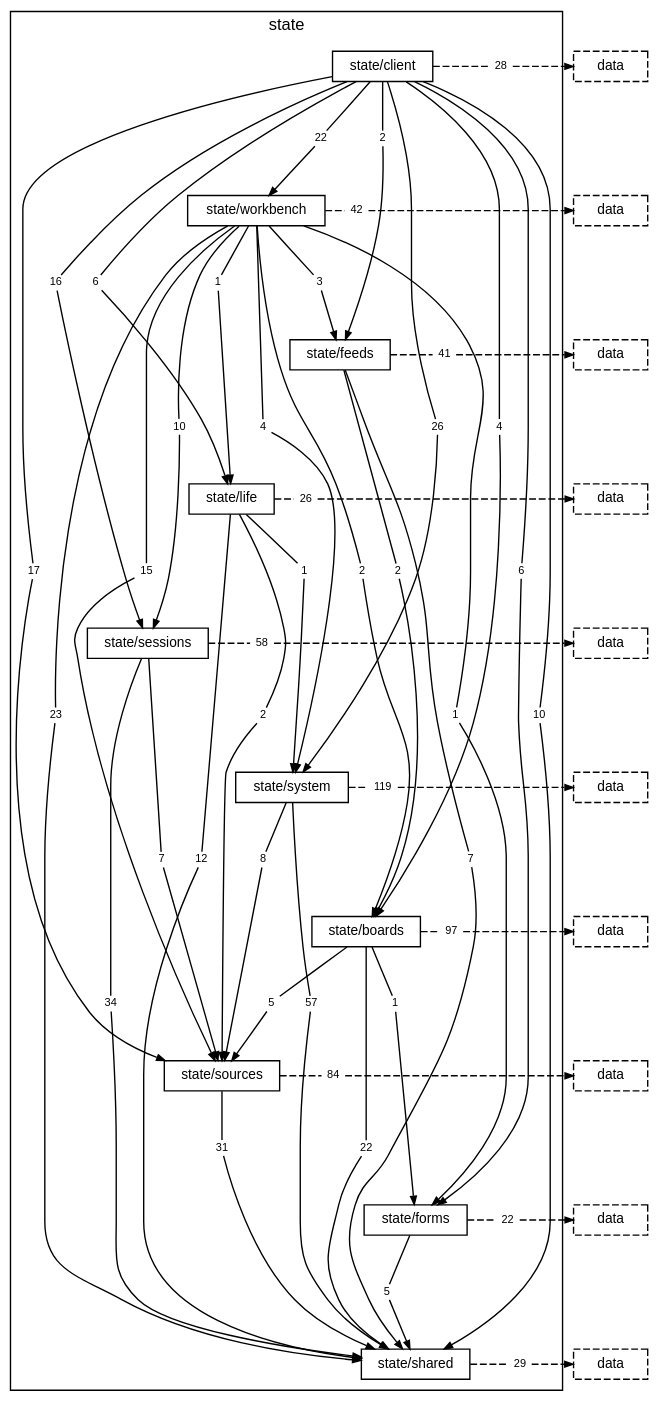
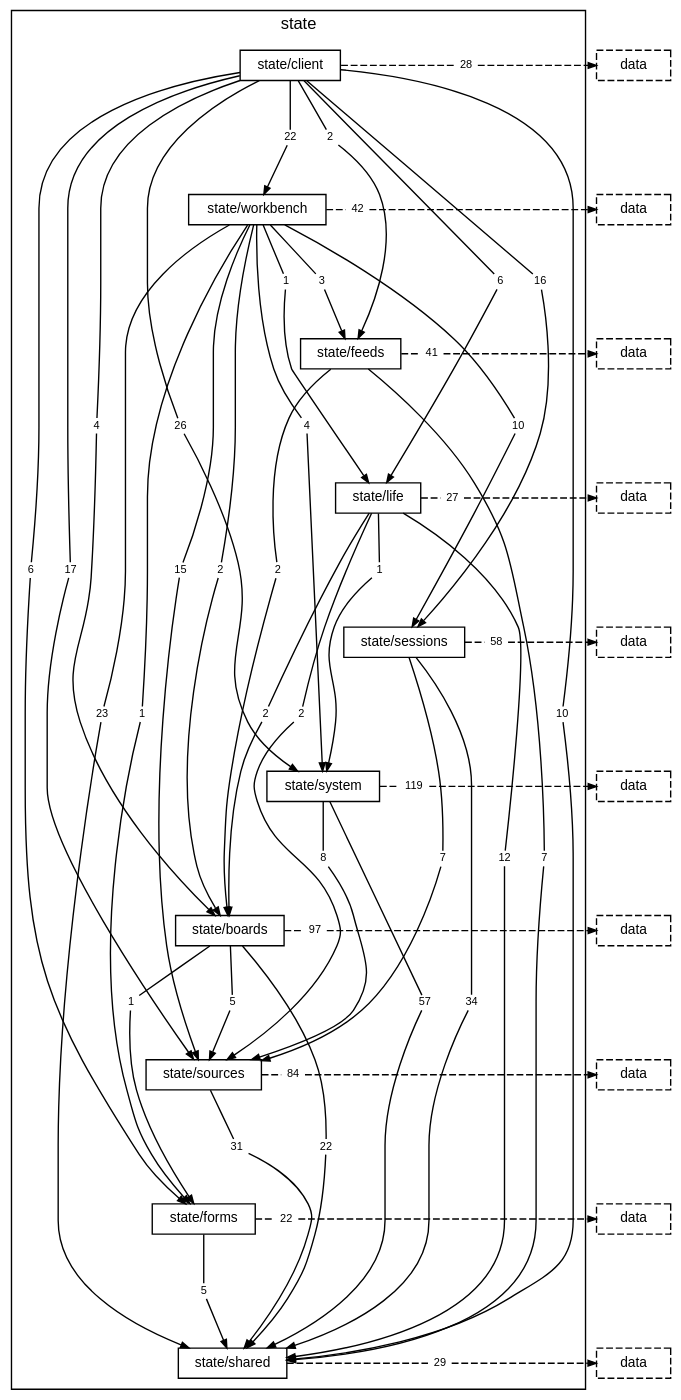
Before and after one commit to TheAxeC/oculus: the diagram in docs/diagrams/layer-state.dot, drawn with Graphviz. The commit also changed 40 other files, not shown here.

```diff
--- a/docs/diagrams/layer-state.dot
+++ b/docs/diagrams/layer-state.dot
@@ -36,10 +36,11 @@
         "folder state/feeds to folder state/boards" [label="2", shape=box, color="transparent", fontsize=8, width=0, height=0, margin="0.04,0.02"];
         "folder state/feeds to folder state/shared" [label="7", shape=box, color="transparent", fontsize=8, width=0, height=0, margin="0.04,0.02"];
         "folder state/feeds to layer data" [label="41", shape=box, color="transparent", fontsize=8, width=0, height=0, margin="0.04,0.02"];
+        "folder state/life to folder state/boards" [label="2", shape=box, color="transparent", fontsize=8, width=0, height=0, margin="0.04,0.02"];
         "folder state/life to folder state/shared" [label="12", shape=box, color="transparent", fontsize=8, width=0, height=0, margin="0.04,0.02"];
         "folder state/life to folder state/sources" [label="2", shape=box, color="transparent", fontsize=8, width=0, height=0, margin="0.04,0.02"];
         "folder state/life to folder state/system" [label="1", shape=box, color="transparent", fontsize=8, width=0, height=0, margin="0.04,0.02"];
-        "folder state/life to layer data" [label="26", shape=box, color="transparent", fontsize=8, width=0, height=0, margin="0.04,0.02"];
+        "folder state/life to layer data" [label="27", shape=box, color="transparent", fontsize=8, width=0, height=0, margin="0.04,0.02"];
         "folder state/sessions to folder state/shared" [label="34", shape=box, color="transparent", fontsize=8, width=0, height=0, margin="0.04,0.02"];
         "folder state/sessions to folder state/sources" [label="7", shape=box, color="transparent", fontsize=8, width=0, height=0, margin="0.04,0.02"];
         "folder state/sessions to layer data" [label="58", shape=box, color="transparent", fontsize=8, width=0, height=0, margin="0.04,0.02"];
@@ -122,6 +123,8 @@
     "folder state/feeds" -> "folder state/feeds to layer data" [arrowhead=none, style=dashed];
     "folder state/feeds to layer data" -> "layer data from folder state/feeds" [style=dashed];
     { rank=same; "folder state/feeds"; "folder state/feeds to layer data"; "layer data from folder state/feeds"; }
+    "folder state/life" -> "folder state/life to folder state/boards" [arrowhead=none, minlen=3, weight=10];
+    "folder state/life to folder state/boards" -> "folder state/boards" [];
     "folder state/life" -> "folder state/life to folder state/shared" [arrowhead=none, minlen=5, weight=10];
     "folder state/life to folder state/shared" -> "folder state/shared" [];
     "folder state/life" -> "folder state/life to folder state/sources" [arrowhead=none, minlen=3, weight=10];
```
